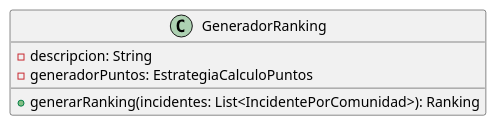
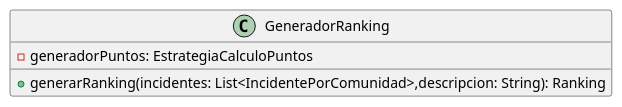
Before and after one commit to mbertogliati/dds-tpa: the diagram in DC/E3/rankings/GeneradorRanking.puml, drawn with PlantUML. The commit also changed 5 other files, not shown here.

Commit message:
Refactor GeneradorRanking, ahora recibe la descripción por parámetro

```diff
--- a/DC/E3/rankings/GeneradorRanking.puml
+++ b/DC/E3/rankings/GeneradorRanking.puml
@@ -1,10 +1,9 @@
 @startuml
 'https://plantuml.com/class-diagram
 
 class GeneradorRanking{
- - descripcion: String
  - generadorPuntos: EstrategiaCalculoPuntos
- + generarRanking(incidentes: List<IncidentePorComunidad>): Ranking
+ + generarRanking(incidentes: List<IncidentePorComunidad>,descripcion: String): Ranking
 }
 
 @enduml
```
